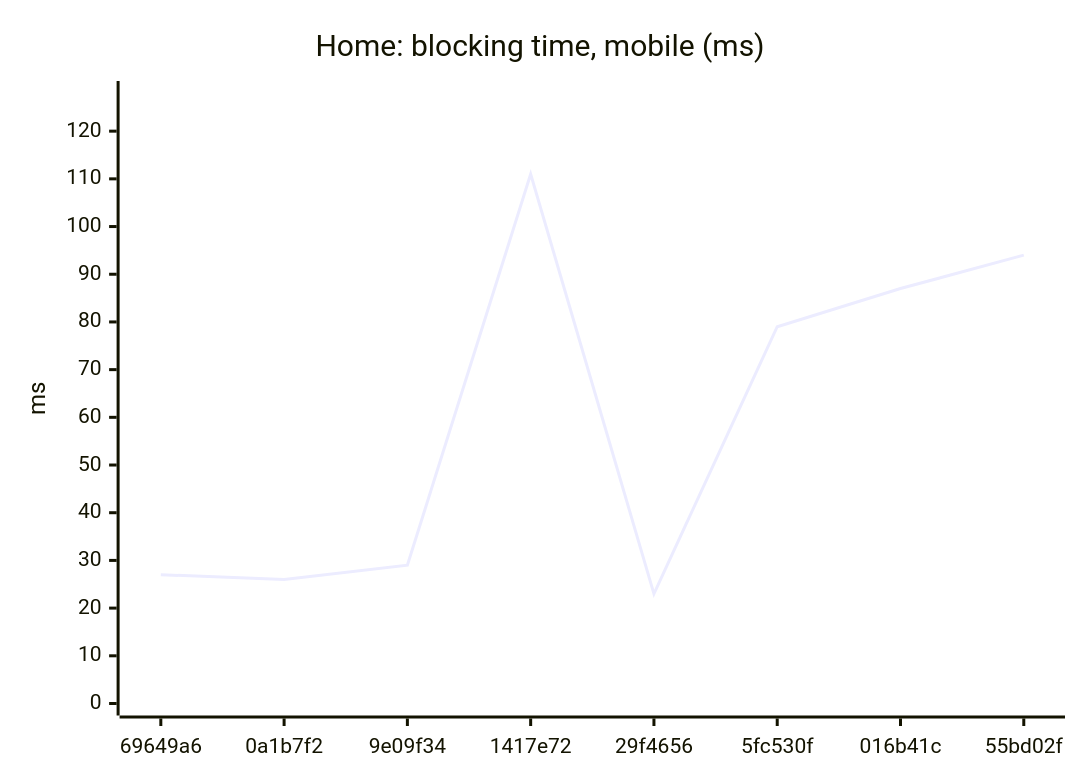
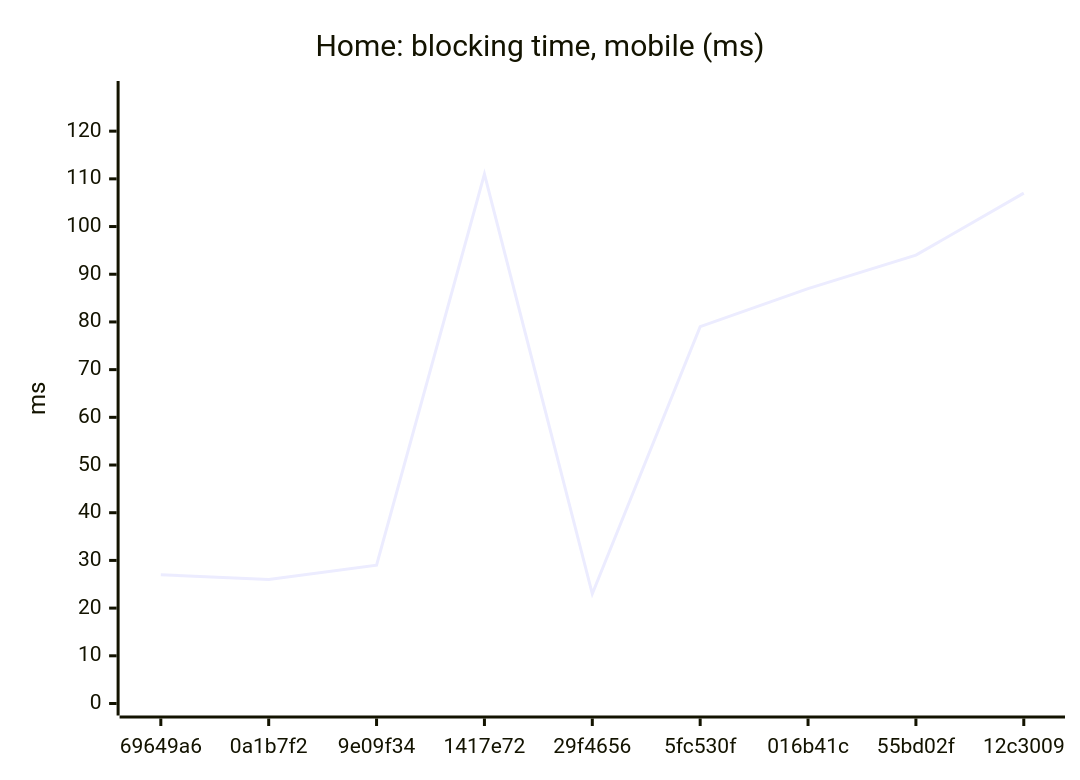
One commit to AxelUser/maltsev.space changed the second of 18 diagrams in README.md. Above: the diagram before and after it, drawn with Mermaid. The commit also changed other lines of this file and 1 other file, not shown here.

````diff
--- a/README.md
+++ b/README.md
@@ -43,7 +43,7 @@
 ```mermaid
 xychart-beta
   title "Home: blocking time, mobile (ms)"
-  x-axis ["69649a6", "0a1b7f2", "9e09f34", "1417e72", "29f4656", "5fc530f", "016b41c", "55bd02f"]
+  x-axis ["69649a6", "0a1b7f2", "9e09f34", "1417e72", "29f4656", "5fc530f", "016b41c", "55bd02f", "12c3009"]
   y-axis "ms" 0 --> 128
-  line [27, 26, 29, 111, 23, 79, 87, 94]
+  line [27, 26, 29, 111, 23, 79, 87, 94, 107]
 ```
````
